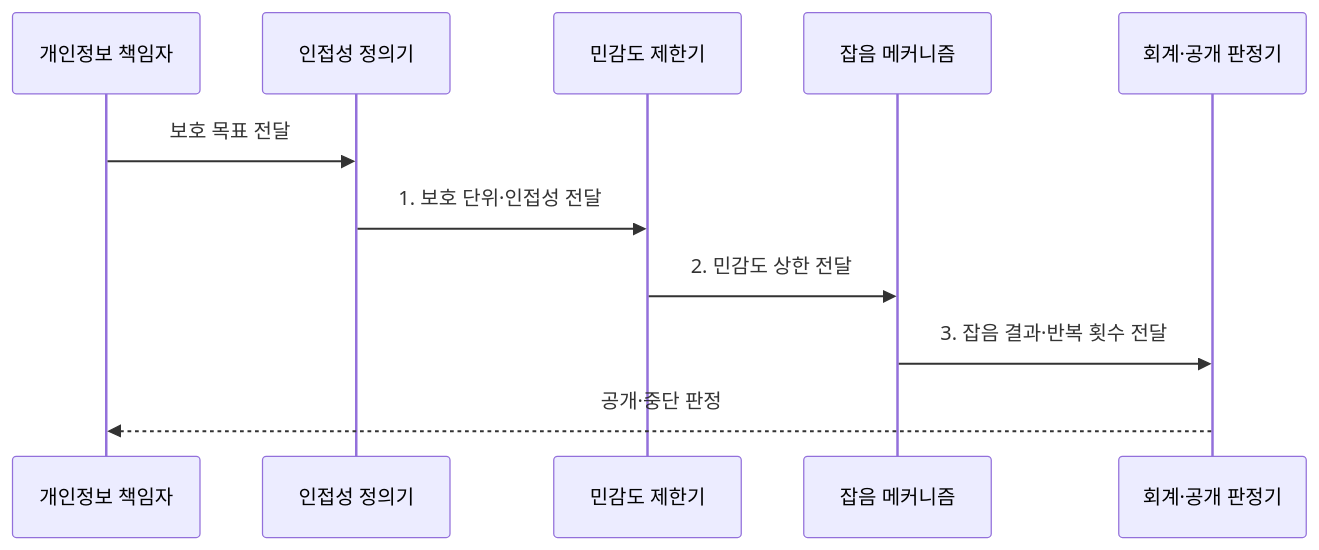
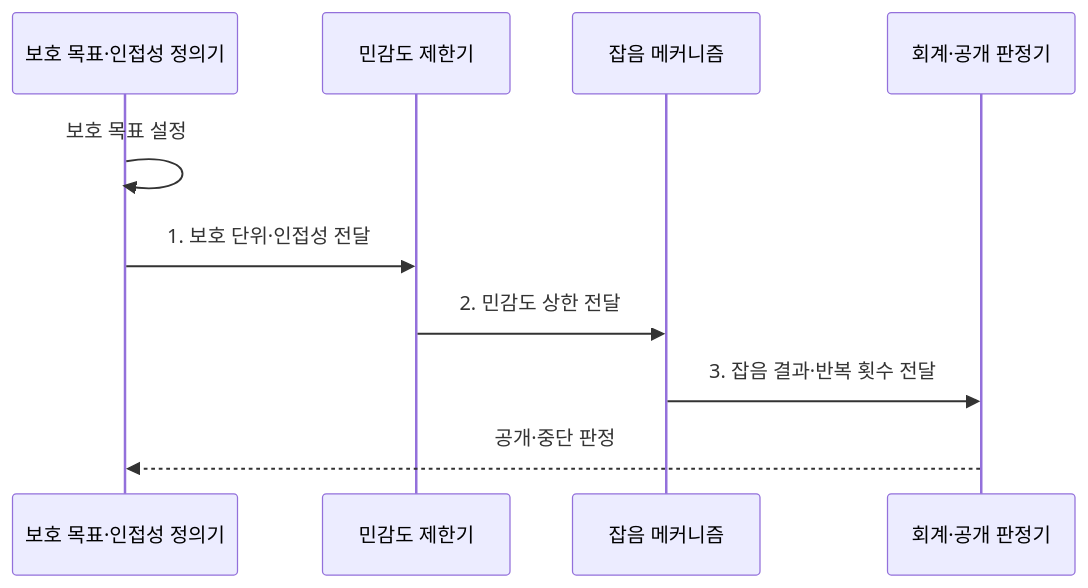
The second of 2 diagrams in src/content/docs/notes/08-latest-tech/113_differential_privacy.md (agnusdei1207/knowledge-base), drawn with Mermaid before and after one commit. The commit also changed 5 other files, not shown here.

Commit message:
Simplify explainability and privacy flows

````diff
--- a/src/content/docs/notes/08-latest-tech/113_differential_privacy.md
+++ b/src/content/docs/notes/08-latest-tech/113_differential_privacy.md
@@ -105,13 +105,12 @@
 ```mermaid
 sequenceDiagram
-    participant O as 개인정보 책임자
-    participant A as 인접성 정의기
+    participant A as 보호 목표·인접성 정의기
     participant C as 민감도 제한기
     participant N as 잡음 메커니즘
     participant P as 회계·공개 판정기
-    O->>A: 보호 목표 전달
+    A->>A: 보호 목표 설정
     A->>C: 1. 보호 단위·인접성 전달
     C->>N: 2. 민감도 상한 전달
     N->>P: 3. 잡음 결과·반복 횟수 전달
-    P-->>O: 공개·중단 판정
+    P-->>A: 공개·중단 판정
 ```
````
